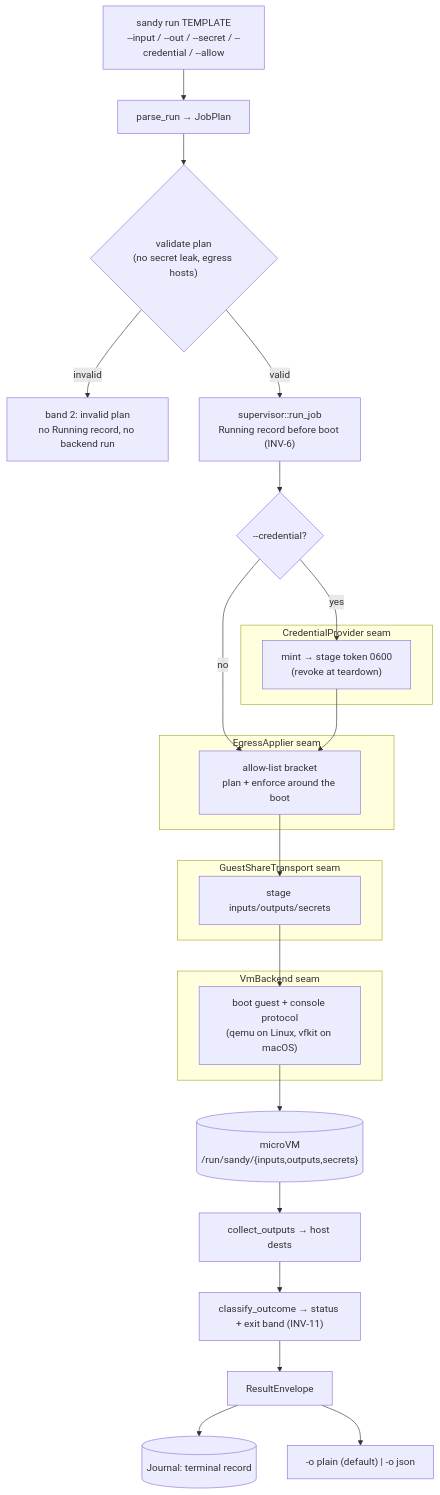
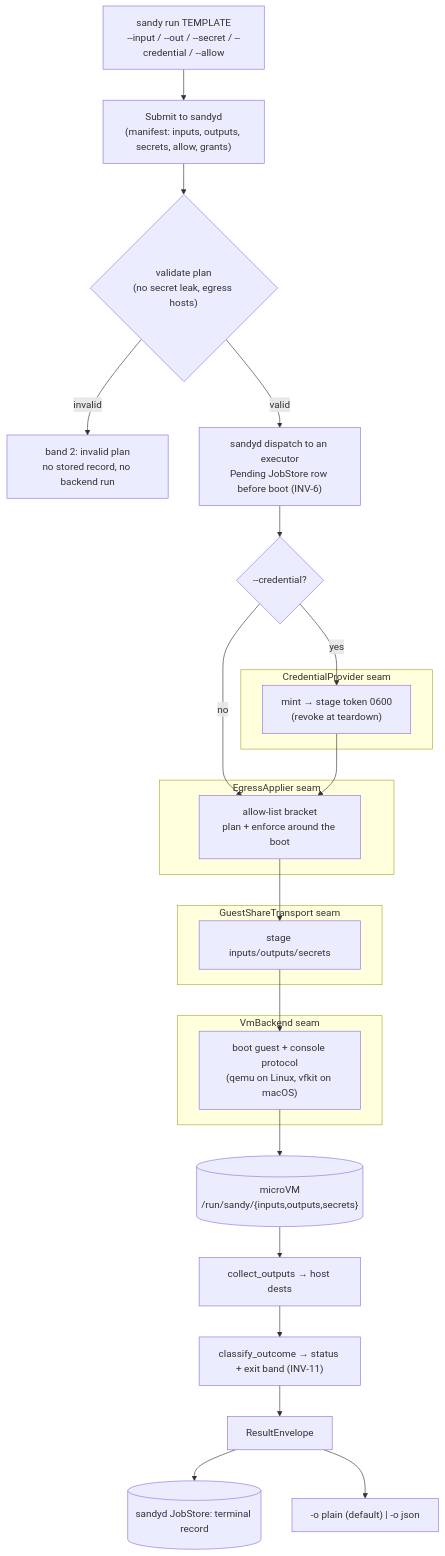
The first of 2 diagrams in README.md (kauki-labs/sandy), drawn with Mermaid before and after one commit. The commit also changed 66 other files, not shown here.

````diff
--- a/README.md
+++ b/README.md
@@ -27,37 +27,37 @@
 ```mermaid
 flowchart TD
   cli["sandy run TEMPLATE<br/>--input / --out / --secret / --credential / --allow"]
-  cli --> plan["parse_run → JobPlan"]
+  cli --> plan["Submit to sandyd<br/>(manifest: inputs, outputs, secrets, allow, grants)"]
   plan --> validate{"validate plan<br/>(no secret leak, egress hosts)"}
-  validate -- invalid --> band2["band 2: invalid plan<br/>no Running record, no backend run"]
-  validate -- valid --> sup["supervisor::run_job<br/>Running record before boot (INV-6)"]
+  validate -- invalid --> band2["band 2: invalid plan<br/>no stored record, no backend run"]
+  validate -- valid --> sup["sandyd dispatch to an executor<br/>Pending JobStore row before boot (INV-6)"]
   sup --> credq{"--credential?"}
 
   subgraph cred_seam["CredentialProvider seam"]
     mint["mint → stage token 0600<br/>(revoke at teardown)"]
   end
   credq -- yes --> mint
   credq -- no --> eg
 
   subgraph egress_seam["EgressApplier seam"]
     eg["allow-list bracket<br/>plan + enforce around the boot"]
   end
   mint --> eg
 
   subgraph share_seam["GuestShareTransport seam"]
     stage["stage inputs/outputs/secrets"]
   end
   eg --> stage
 
   subgraph vm_seam["VmBackend seam"]
     boot["boot guest + console protocol<br/>(qemu on Linux, vfkit on macOS)"]
   end
   stage --> boot
 
   boot --> guest[("microVM<br/>/run/sandy/{inputs,outputs,secrets}")]
   guest --> collect["collect_outputs → host dests"]
   collect --> classify["classify_outcome → status + exit band (INV-11)"]
   classify --> env["ResultEnvelope"]
-  env --> journal[("Journal: terminal record")]
+  env --> store[("sandyd JobStore: terminal record")]
   env --> render["-o plain (default) | -o json"]
 ```
````
